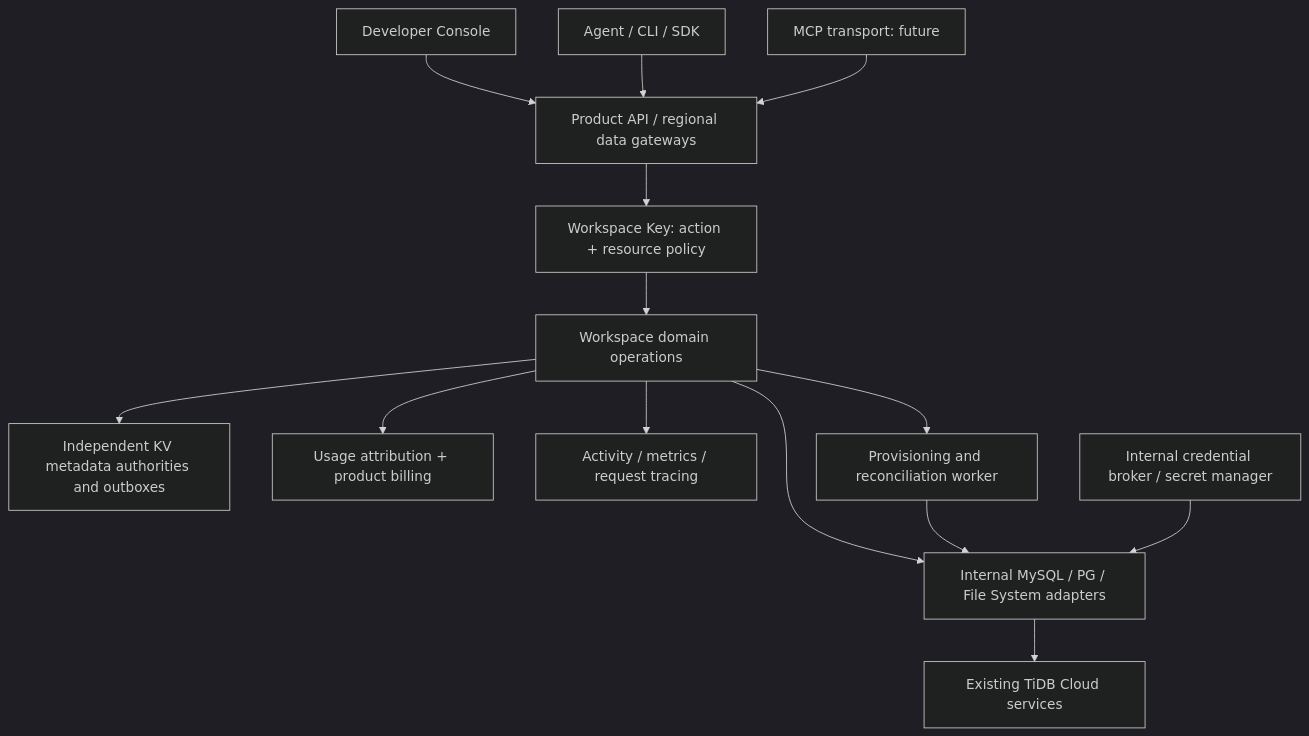
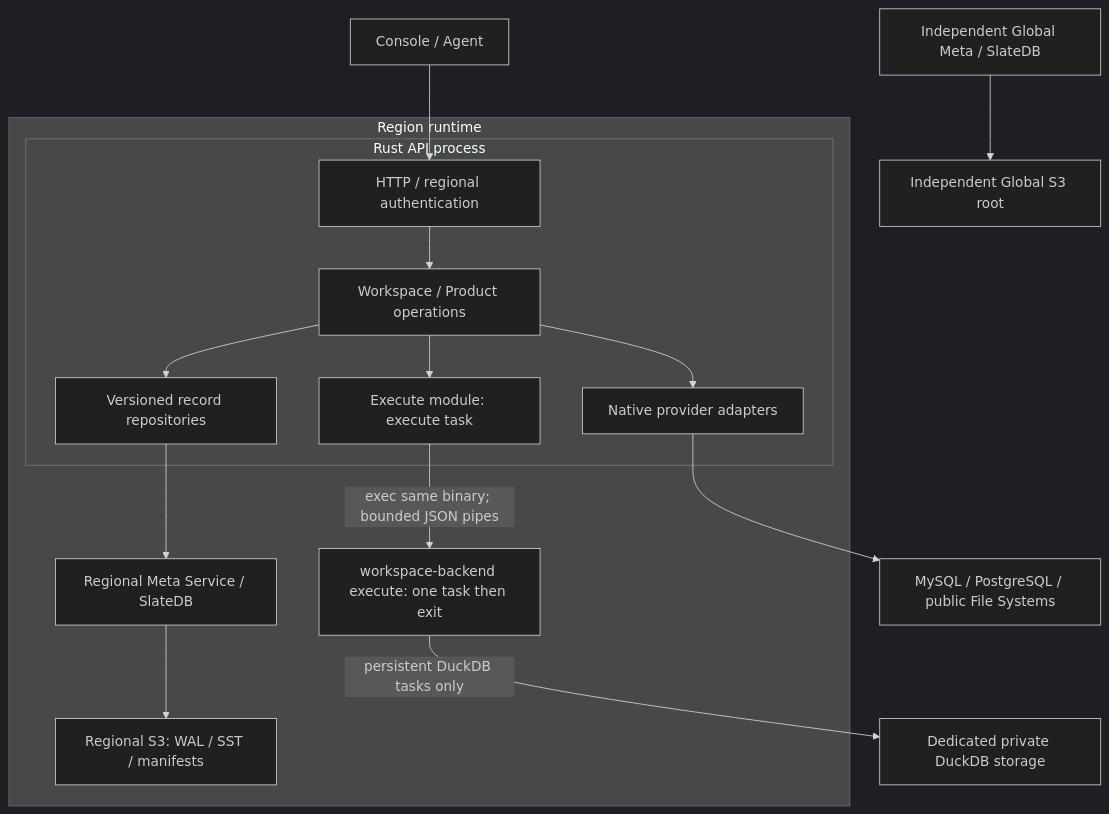
One commit to mem9-ai/tidb-agentspace changed the diagram in docs/architecture.md. Above: the diagram before and after it, drawn with Mermaid (dark theme). The commit also changed other lines of this file and 31 other files, not shown here.

Commit message:
refactor(execute): consolidate regional task execution

````diff
--- a/docs/architecture.md
+++ b/docs/architecture.md
@@ -268,16 +271,18 @@
 ```mermaid
 flowchart TB
-  console[Developer Console] --> gateway[Product API / regional data gateways]
-  agent[Agent / CLI / SDK] --> gateway
-  mcp[MCP transport: future] --> gateway
-  gateway --> policy[Workspace Key: action + resource policy]
-  policy --> core[Workspace domain operations]
-  core --> metadata[Independent KV metadata authorities and outboxes]
-  core --> usage[Usage attribution + product billing]
-  core --> audit[Activity / metrics / request tracing]
-  core --> worker[Provisioning and reconciliation worker]
-  core --> adapters[Internal MySQL / PG / File System adapters]
-  worker --> adapters
-  adapters --> provider[Existing TiDB Cloud services]
-  broker[Internal credential broker / secret manager] --> adapters
+  console[Console / Agent] --> http
+  subgraph region[Region runtime]
+    subgraph api[Rust API process]
+      http[HTTP / regional authentication] --> core[Workspace / Product operations]
+      core --> repo[Versioned record repositories]
+      core --> adapters[Native provider adapters]
+      core --> execute[Execute module: execute task]
+    end
+    execute -->|exec same binary; bounded JSON pipes| child[workspace-backend execute: one task then exit]
+    repo --> meta[Regional Meta Service / SlateDB]
+    meta --> rs3[Regional S3: WAL / SST / manifests]
+  end
+  adapters --> provider[MySQL / PostgreSQL / public File Systems]
+  child -->|persistent DuckDB tasks only| private[Dedicated private DuckDB storage]
+  gm[Independent Global Meta / SlateDB] --> gs3[Independent Global S3 root]
 ```
````
